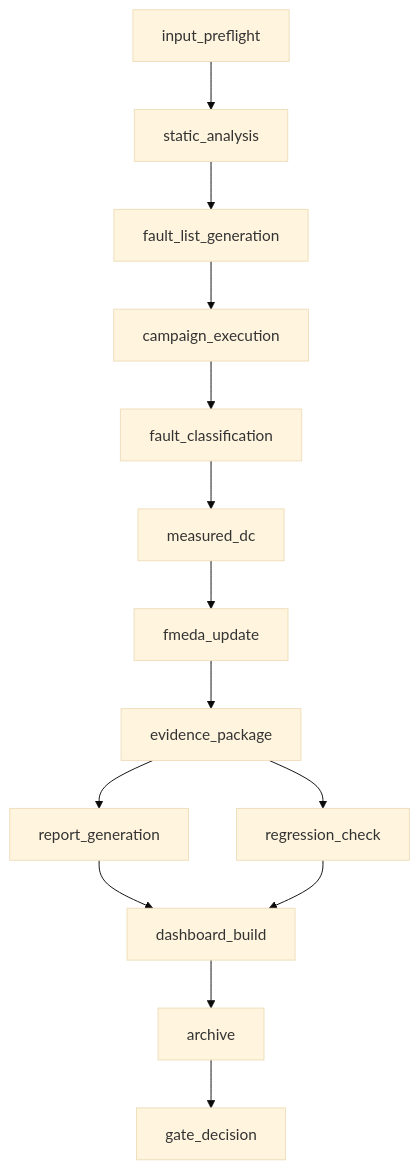
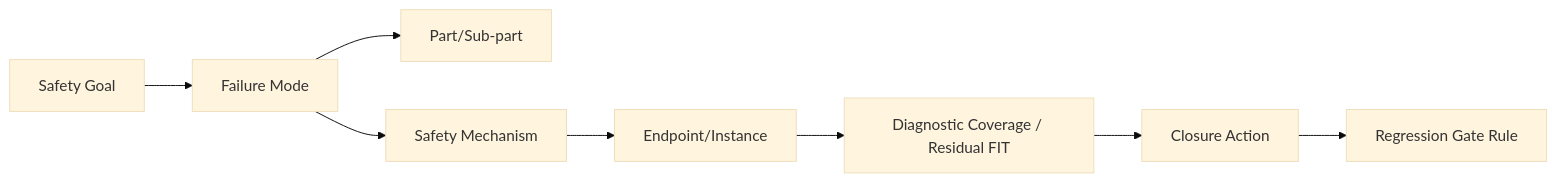
Before and after one commit to qiqixixi1001/automotive-safeic-practice: the third of 4 diagrams in articles/19_automotive_safeic_practice_d19_github_en_ci_automation.md, drawn with Mermaid (base theme). The commit also changed other lines of this file, not shown here.

````diff
--- a/articles/19_automotive_safeic_practice_d19_github_en_ci_automation.md
+++ b/articles/19_automotive_safeic_practice_d19_github_en_ci_automation.md
@@ -570,16 +497,10 @@
 ```mermaid
-flowchart TD
-    A[input_preflight] --> B[static_analysis]
-    B --> C[fault_list_generation]
-    C --> D[campaign_execution]
-    D --> E[fault_classification]
-    E --> F[measured_dc]
-    F --> G[fmeda_update]
-    G --> H[evidence_package]
-    H --> I[report_generation]
-    H --> J[regression_check]
-    I --> K[dashboard_build]
-    J --> K
-    K --> L[archive]
-    L --> M[gate_decision]
+flowchart LR
+    SG[Safety Goal] --> FM[Failure Mode]
+    FM --> PART[Part/Sub-part]
+    FM --> SM[Safety Mechanism]
+    SM --> EP[Endpoint/Instance]
+    EP --> METRIC[Diagnostic Coverage / Residual FIT]
+    METRIC --> ACTION[Closure Action]
+    ACTION --> GATE[Regression Gate Rule]
 ```
````
